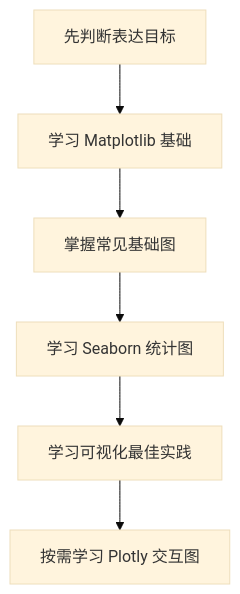
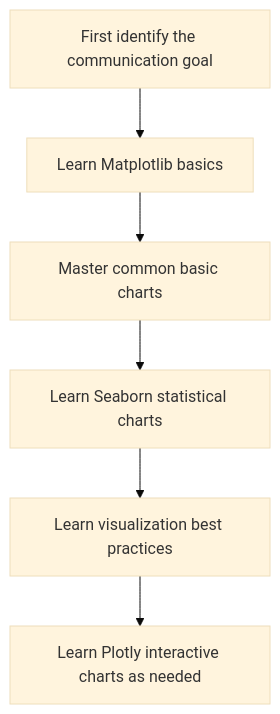
One commit to oudbiao/AI-fullstack-course changed the first of 2 diagrams in docs/ch03-data-analysis/ch04-visualization/00-roadmap.md. Above: the diagram before and after it, drawn with Mermaid (base theme). The commit also changed other lines of this file and 1406 other files, not shown here.

````diff
--- a/docs/ch03-data-analysis/ch04-visualization/00-roadmap.md
+++ b/docs/ch03-data-analysis/ch04-visualization/00-roadmap.md
@@ -32,8 +32,8 @@
 ```mermaid
 flowchart TD
-  A[先判断表达目标] --> B[学习 Matplotlib 基础]
-  B --> C[掌握常见基础图]
-  C --> D[学习 Seaborn 统计图]
-  D --> E[学习可视化最佳实践]
-  E --> F[按需学习 Plotly 交互图]
+  A[First identify the communication goal] --> B[Learn Matplotlib basics]
+  B --> C[Master common basic charts]
+  C --> D[Learn Seaborn statistical charts]
+  D --> E[Learn visualization best practices]
+  E --> F[Learn Plotly interactive charts as needed]
 ```
````
